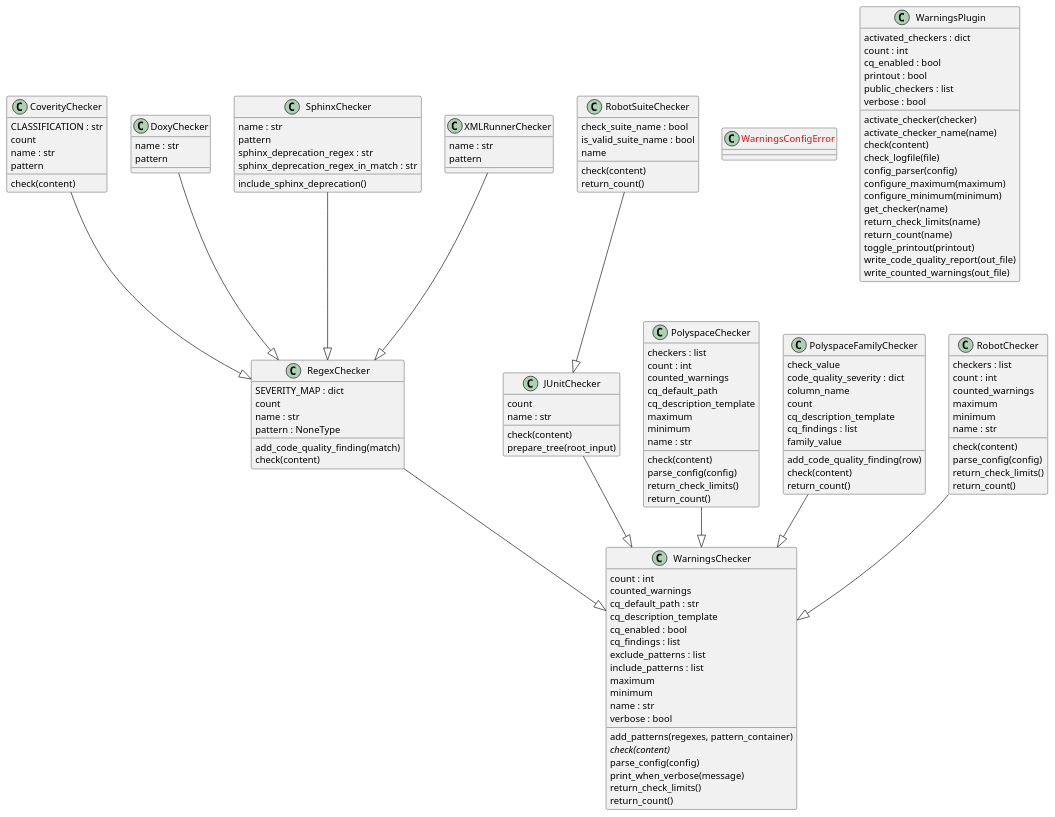
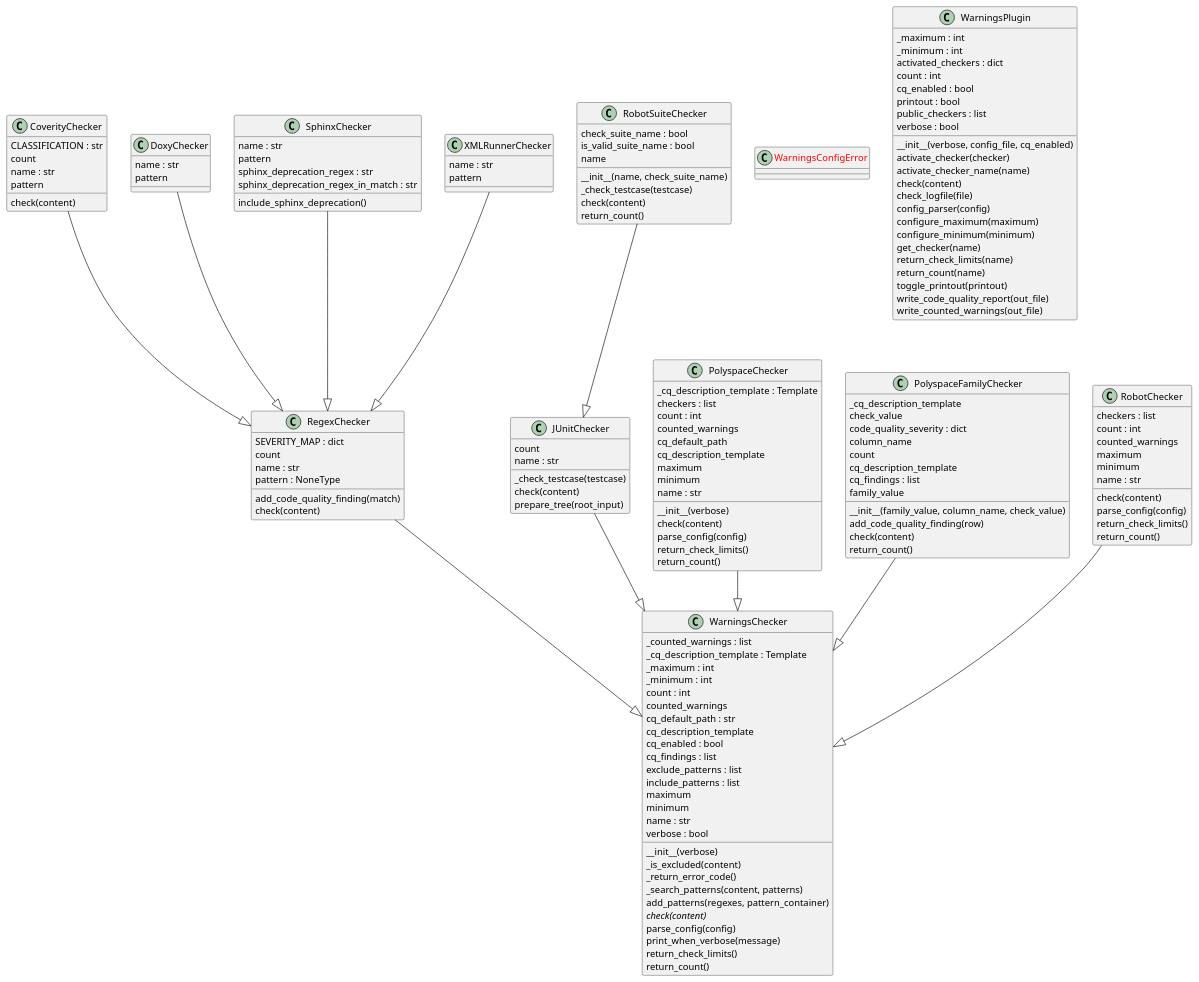
Before and after one commit to melexis/warnings-plugin: the diagram in docs/design.rst, drawn with PlantUML. The commit also changed other lines of this file, not shown here.

Commit message:
Show all functions and variables in class diagram

```diff
--- a/docs/design.rst
+++ b/docs/design.rst
@@ -29,10 +29,12 @@
     class "JUnitChecker" as mlx.warnings.junit_checker.JUnitChecker {
       count
       name : str
+      _check_testcase(testcase)
       check(content)
       prepare_tree(root_input)
     }
     class "PolyspaceChecker" as mlx.warnings.polyspace_checker.PolyspaceChecker {
+      _cq_description_template : Template
       checkers : list
       count : int
       counted_warnings
@@ -41,12 +43,14 @@
       maximum
       minimum
       name : str
+      __init__(verbose)
       check(content)
       parse_config(config)
       return_check_limits()
       return_count()
     }
     class "PolyspaceFamilyChecker" as mlx.warnings.polyspace_checker.PolyspaceFamilyChecker {
+      _cq_description_template
       check_value
       code_quality_severity : dict
       column_name
@@ -54,6 +58,7 @@
       cq_description_template
       cq_findings : list
       family_value
+      __init__(family_value, column_name, check_value)
       add_code_quality_finding(row)
       check(content)
       return_count()
@@ -82,6 +87,8 @@
       check_suite_name : bool
       is_valid_suite_name : bool
       name
+      __init__(name, check_suite_name)
+      _check_testcase(testcase)
       check(content)
       return_count()
     }
@@ -93,6 +100,10 @@
       include_sphinx_deprecation()
     }
     class "WarningsChecker" as mlx.warnings.warnings_checker.WarningsChecker {
+      _counted_warnings : list
+      _cq_description_template : Template
+      _maximum : int
+      _minimum : int
       count : int
       counted_warnings
       cq_default_path : str
@@ -105,6 +116,10 @@
       minimum
       name : str
       verbose : bool
+      __init__(verbose)
+      _is_excluded(content)
+      _return_error_code()
+      _search_patterns(content, patterns)
       add_patterns(regexes, pattern_container)
       {abstract}check(content)
       parse_config(config)
@@ -115,12 +130,15 @@
     class "<color:red>WarningsConfigError</color>" as mlx.warnings.exceptions.WarningsConfigError {
     }
     class "WarningsPlugin" as mlx.warnings.warnings.WarningsPlugin {
+      _maximum : int
+      _minimum : int
       activated_checkers : dict
       count : int
       cq_enabled : bool
       printout : bool
       public_checkers : list
       verbose : bool
+      __init__(verbose, config_file, cq_enabled)
       activate_checker(checker)
       activate_checker_name(name)
       check(content)
```
